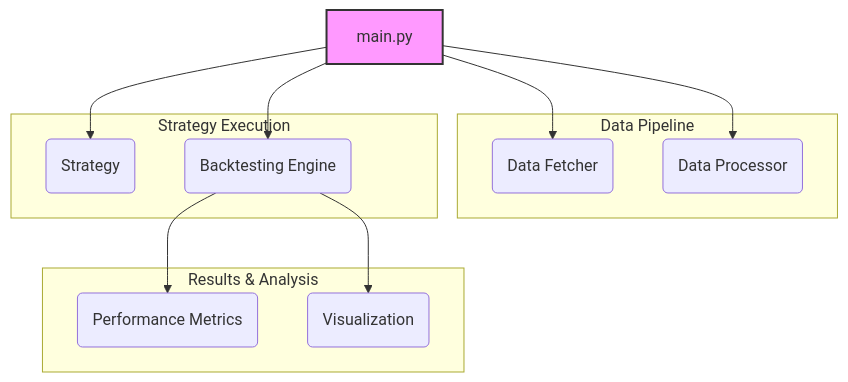
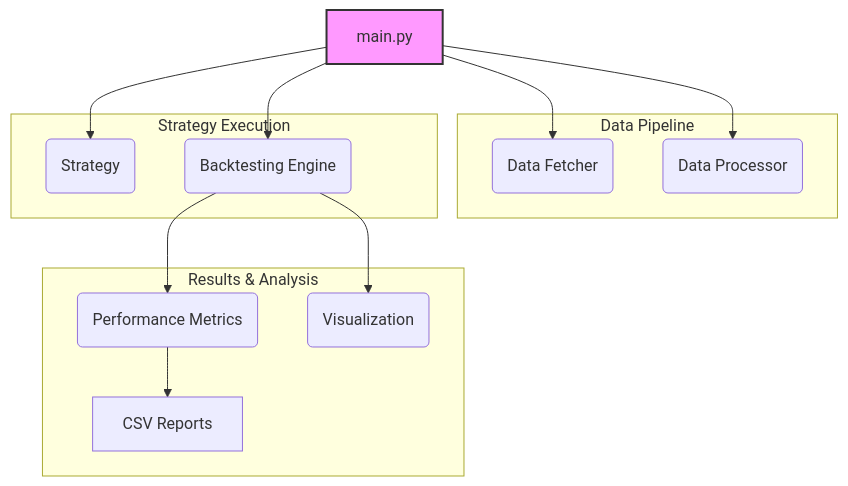
The first of 3 diagrams in PROJECT_OVERVIEW.md (dsque22/cryptobacktester), drawn with Mermaid before and after one commit. The commit also changed other lines of this file, not shown here.

````diff
--- a/PROJECT_OVERVIEW.md
+++ b/PROJECT_OVERVIEW.md
@@ -15,23 +17,24 @@
 ```mermaid
 graph TD
     A[main.py] --> B(Data Fetcher);
     A --> C(Data Processor);
     A --> D(Strategy);
     A --> E(Backtesting Engine);
     E --> F(Performance Metrics);
     E --> G(Visualization);
+    F --> H[CSV Reports];
 
     subgraph "Data Pipeline"
         B; C;
     end
 
     subgraph "Strategy Execution"
         D; E;
     end
 
     subgraph "Results & Analysis"
-        F; G;
+        F; G; H;
     end
 
     style A fill:#f9f,stroke:#333,stroke-width:2px
 ```
````
